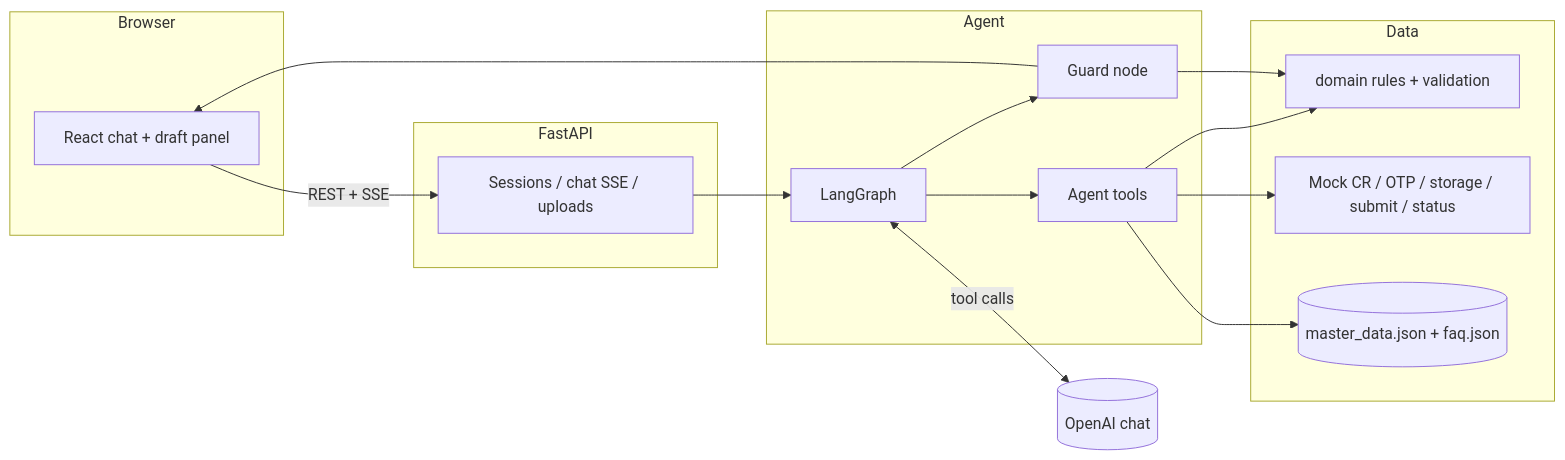
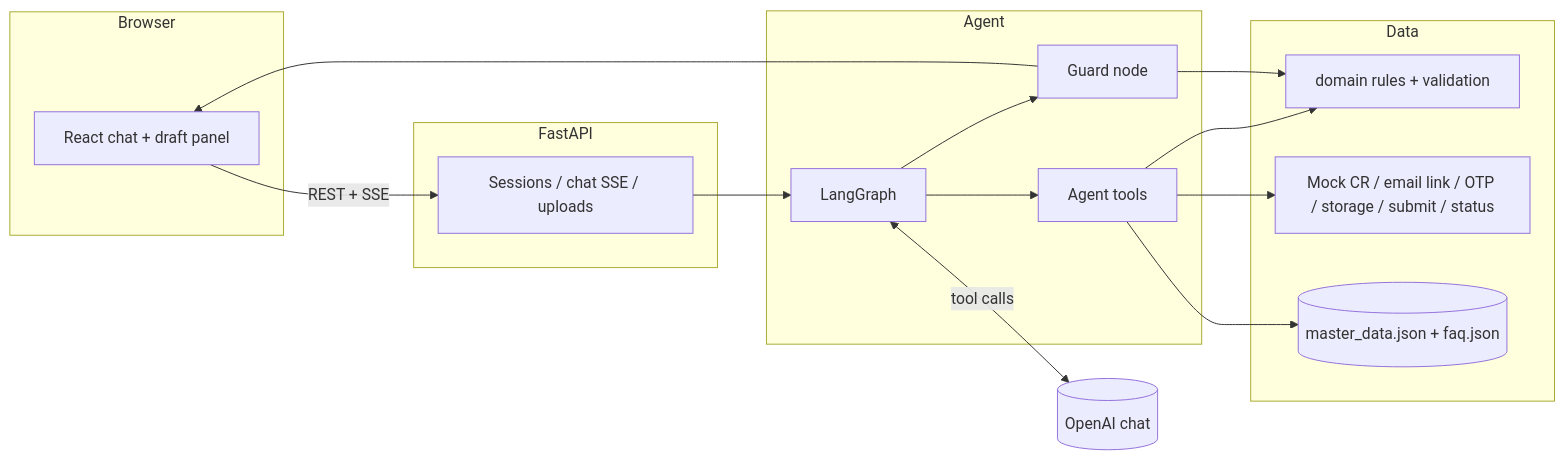
One commit to swa01wk/send-inquiry-agent changed the diagram in README.md. Above: the diagram before and after it, drawn with Mermaid. The commit also changed other lines of this file and 63 other files, not shown here.

````diff
--- a/README.md
+++ b/README.md
@@ -68,31 +69,31 @@
 ```mermaid
 flowchart LR
   subgraph Browser
     UI[React chat + draft panel]
   end
   subgraph FastAPI
     API[Sessions / chat SSE / uploads]
   end
   subgraph Agent
     LG[LangGraph]
     Guard[Guard node]
     Tools[Agent tools]
   end
   subgraph Data
     Domain[domain rules + validation]
-    Mocks[Mock CR / OTP / storage / submit / status]
+    Mocks[Mock CR / email link / OTP / storage / submit / status]
     Master[(master_data.json + faq.json)]
   end
   OpenAI[(OpenAI chat)]
 
   UI -->|REST + SSE| API
   API --> LG
   LG <-->|tool calls| OpenAI
   LG --> Tools
   Tools --> Domain
   Tools --> Mocks
   Tools --> Master
   LG --> Guard
   Guard --> Domain
   Guard --> UI
 ```
````
